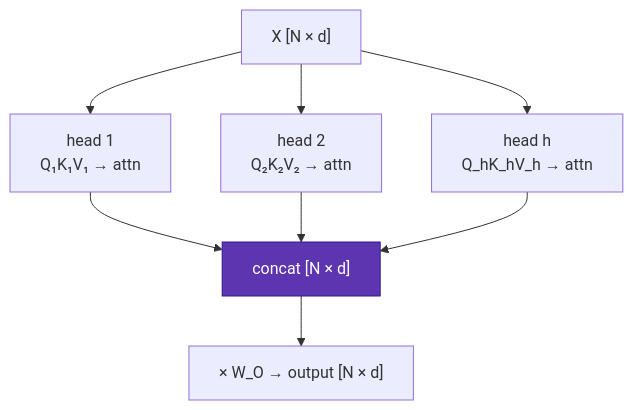
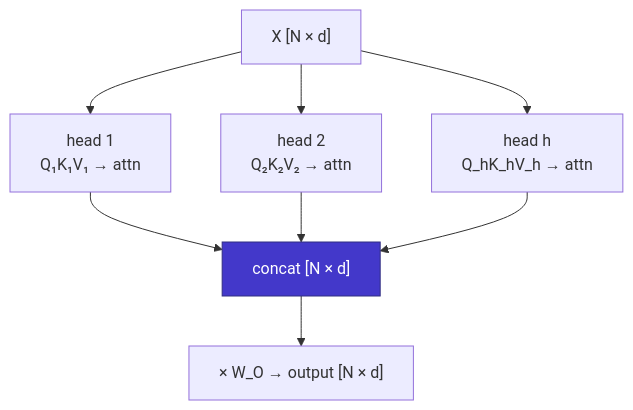
One commit to youyun8/deep-kernel-handbook changed the sixth of 10 diagrams in docs/foundations/transformer-from-scratch.md. Above: the diagram before and after it, drawn with Mermaid. The commit also changed other lines of this file and 1 other file, not shown here.

Commit message:
docs: give each transformer-from-scratch diagram its own color scheme

````diff
--- a/docs/foundations/transformer-from-scratch.md
+++ b/docs/foundations/transformer-from-scratch.md
@@ -162,12 +162,12 @@
 ```mermaid
 flowchart TD
     X["X [N × d]"] --> H1["head 1<br/>Q₁K₁V₁ → attn"]
     X --> H2["head 2<br/>Q₂K₂V₂ → attn"]
     X --> H3["head h<br/>Q_hK_hV_h → attn"]
     H1 --> C["concat [N × d]"]
     H2 --> C
     H3 --> C
     C --> O["× W_O → output [N × d]"]
-    class C flagship;
-    classDef flagship fill:#5e35b1,stroke:#311b92,color:#fff;
+    class C accIndigo;
+    classDef accIndigo fill:#4338ca,stroke:#312e81,color:#fff;
 ```
````
